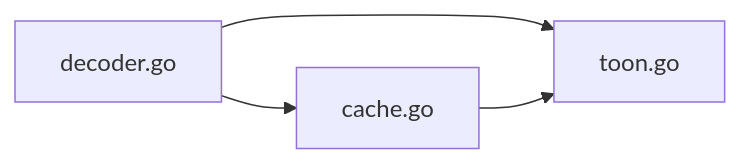
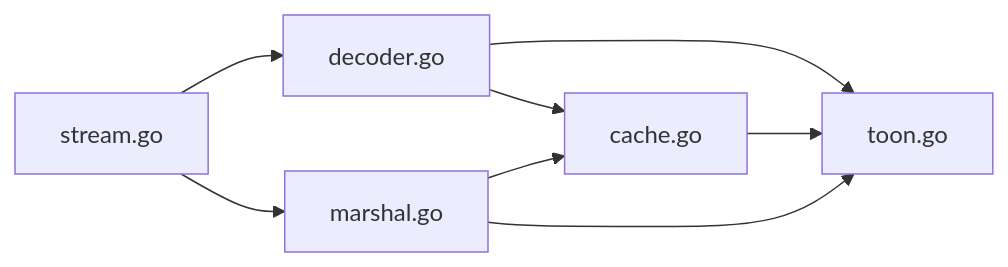
One commit to OTumanov/go-toon changed the fourth of 4 diagrams in .qoder/repowiki/en/content/Performance and Optimization.md. Above: the diagram before and after it, drawn with Mermaid. The commit also changed other lines of this file and 6 other files, not shown here.

````diff
--- a/.qoder/repowiki/en/content/Performance and Optimization.md
+++ b/.qoder/repowiki/en/content/Performance and Optimization.md
@@ -228,6 +334,10 @@
 ```mermaid
 graph LR
 Dec["decoder.go"] --> C["cache.go"]
 Dec --> T["toon.go"]
 C --> T
+Enc["marshal.go"] --> C
+Enc --> T
+Stream["stream.go"] --> Dec
+Stream --> Enc
 ```
````
